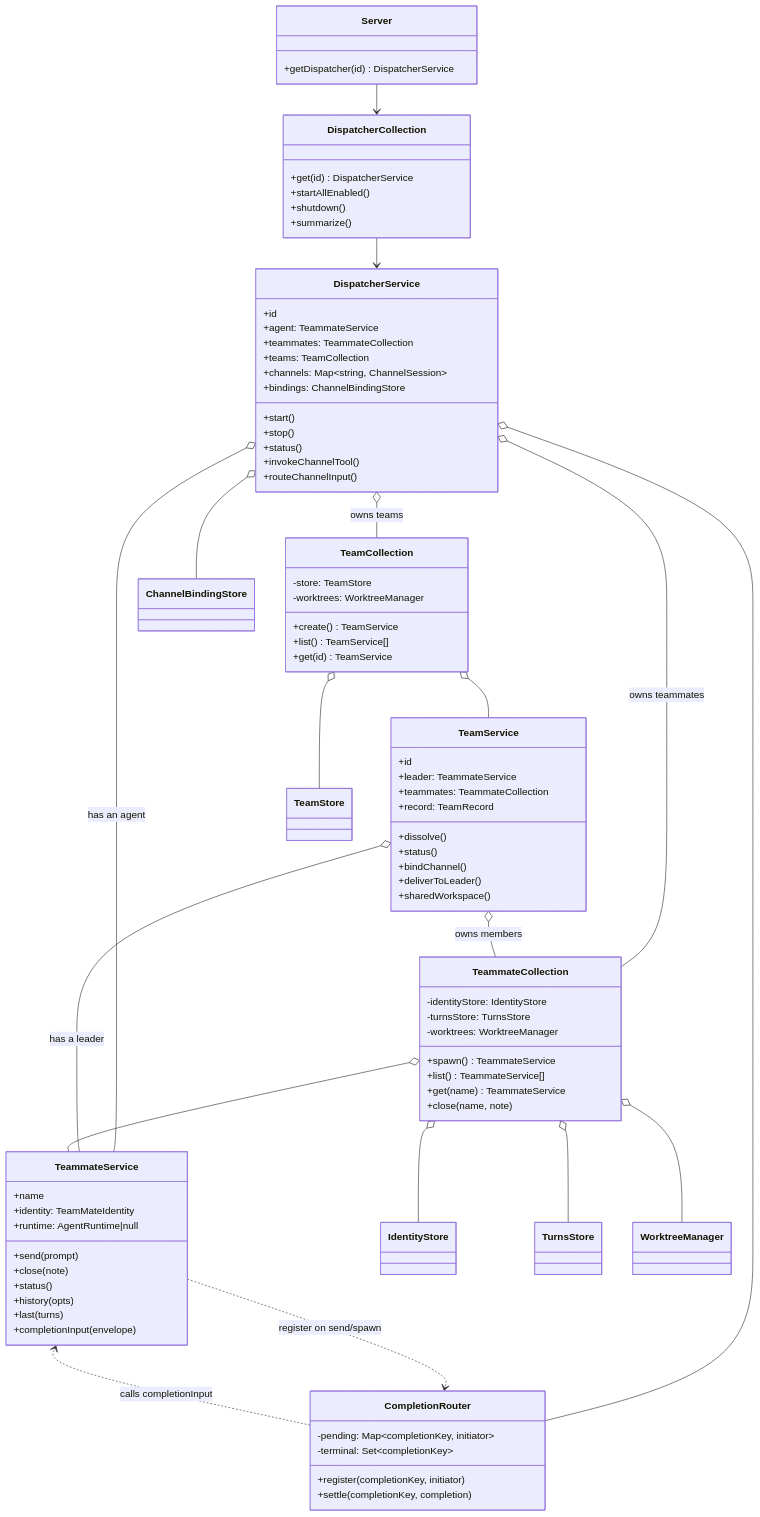
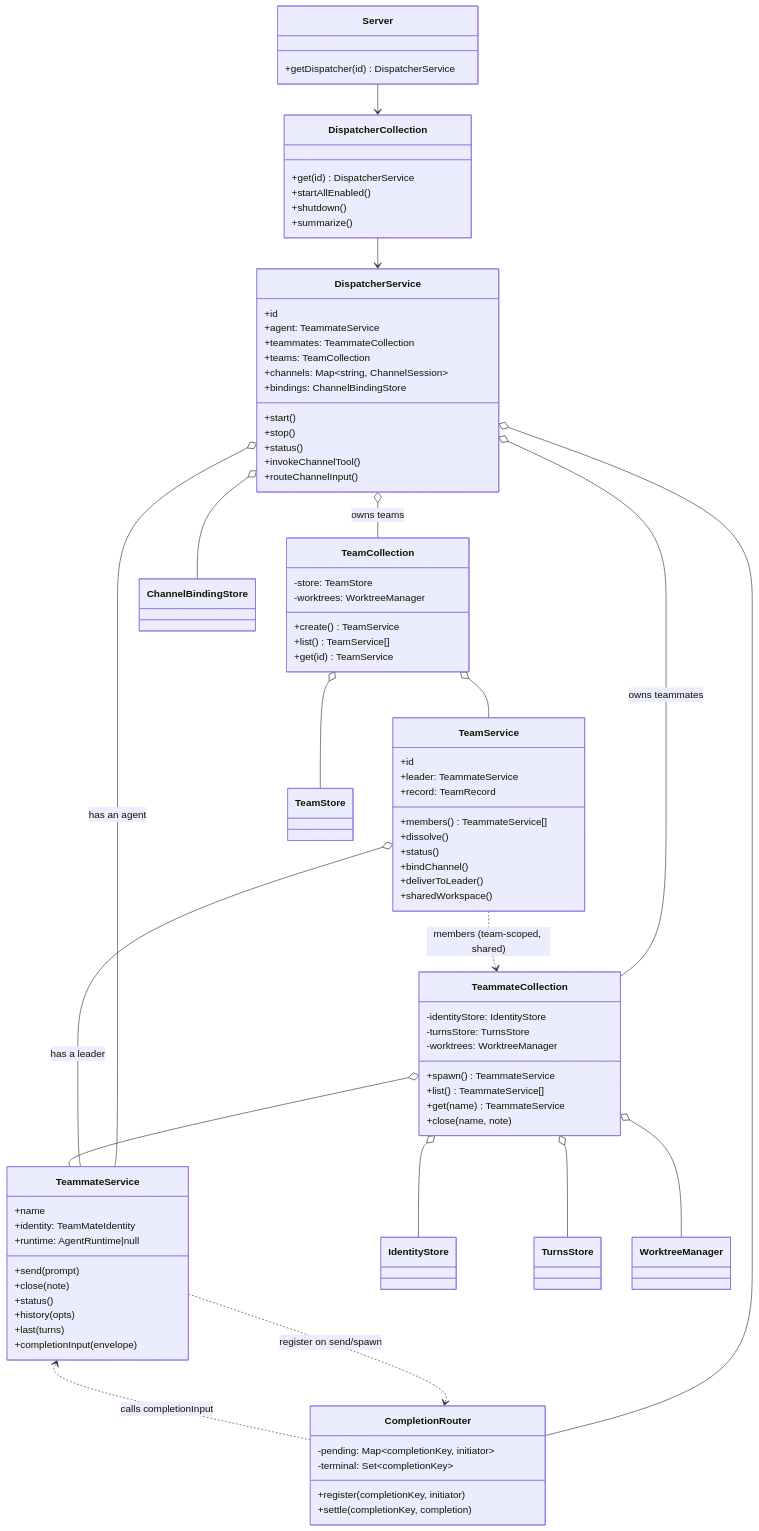
Before and after one commit to excitedjs/dreamux: the diagram in .agents/decisions/service-architecture-refactor.md, drawn with Mermaid. The commit also changed other lines of this file, not shown here.

Commit message:
docs(i233): align design doc with single shared TeammateCollection per dispatcher

```diff
--- a/.agents/decisions/service-architecture-refactor.md
+++ b/.agents/decisions/service-architecture-refactor.md
@@ -173,7 +173,7 @@
     class TeamService {
         +id
         +leader: TeammateService
-        +teammates: TeammateCollection
+        +members() TeammateService[]
         +record: TeamRecord
         +dissolve()
         +status()
@@ -221,7 +221,7 @@
     TeamCollection o-- TeamService
     TeamCollection o-- TeamStore
     TeamService o-- TeammateService : has a leader
-    TeamService o-- TeammateCollection : owns members
+    TeamService ..> TeammateCollection : members (team-scoped, shared)
     TeammateCollection o-- TeammateService
     TeammateCollection o-- IdentityStore
     TeammateCollection o-- TurnsStore
```
